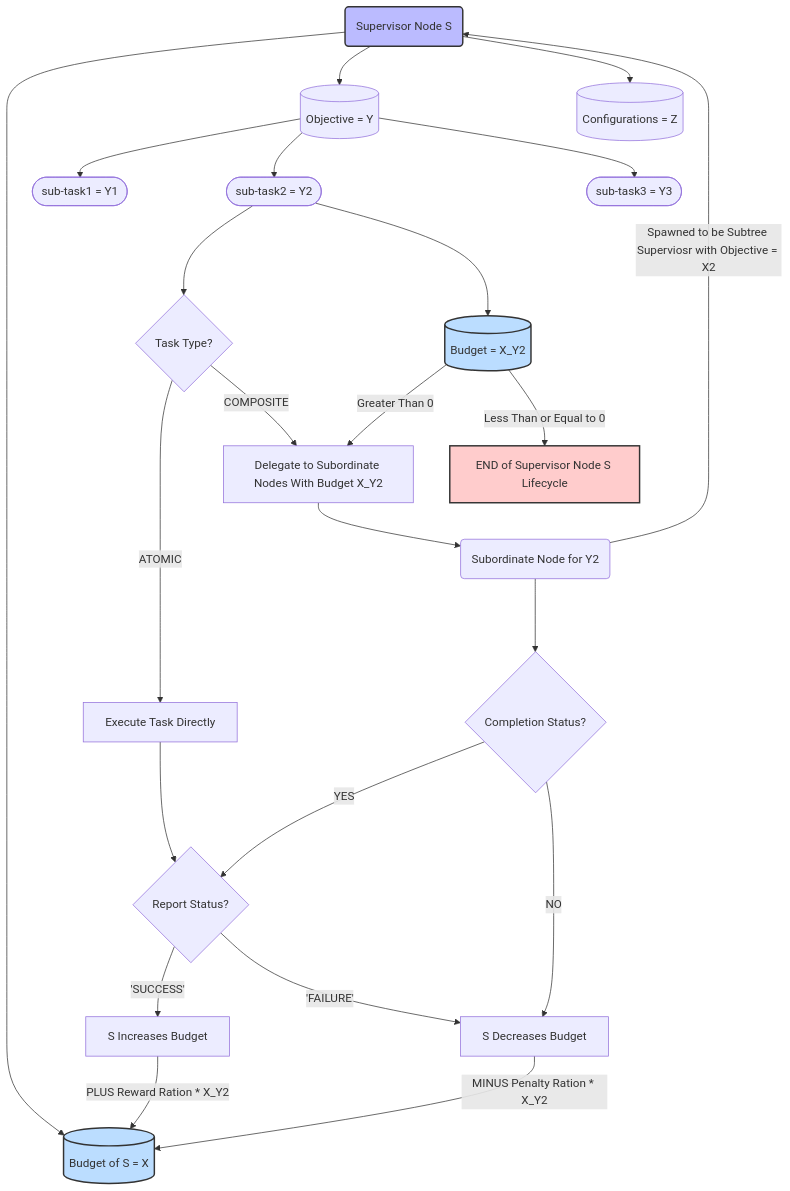
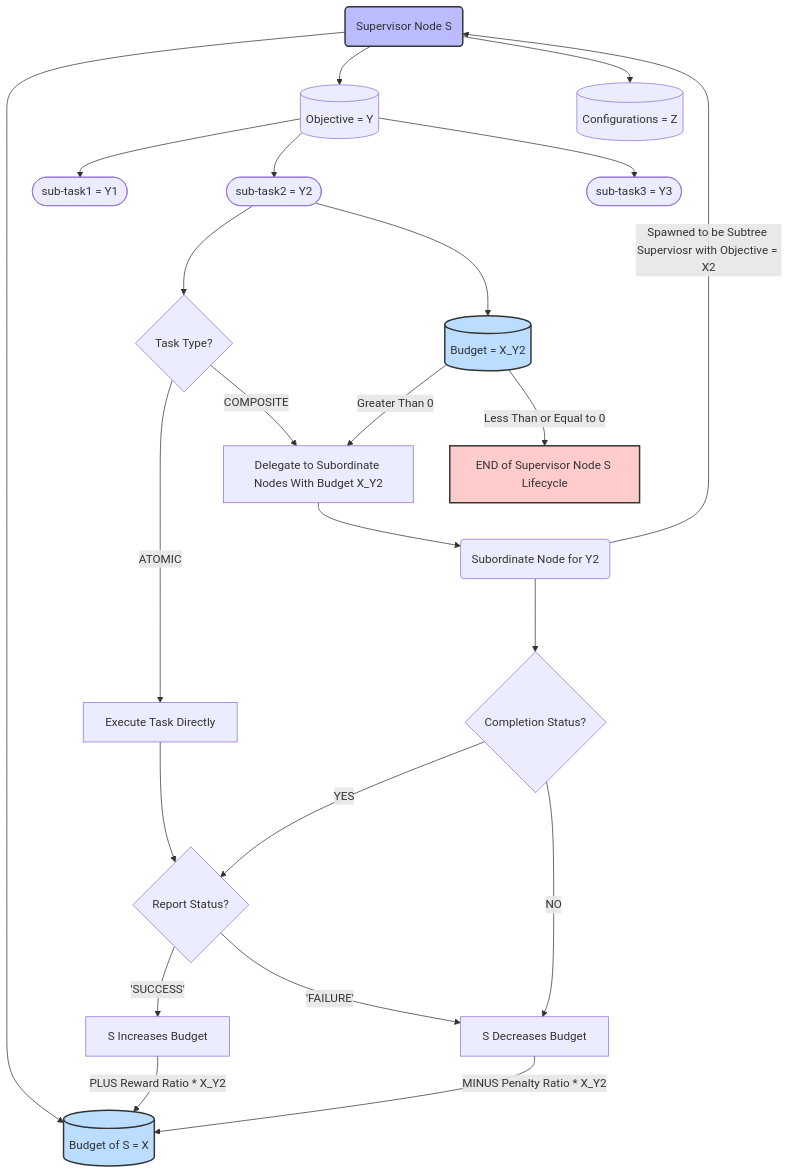
One commit to arise-ai-security/docs changed the second of 3 diagrams in docs/weekly/brainstorming/agentic-tree.md. Above: the diagram before and after it, drawn with Mermaid. The commit also changed 3 other files, not shown here.

````diff
--- a/docs/weekly/brainstorming/agentic-tree.md
+++ b/docs/weekly/brainstorming/agentic-tree.md
@@ -71,37 +71,37 @@
 ```mermaid
 flowchart TB
     A("Supervisor Node S") --> A_b[("Budget of S = X")];
     A --> A_o[("Objective = Y")];
     A --> A_c[("Configurations = Z")];
     
     A_o --> A_t1(["sub-task1 = Y1"]);
     A_o --> A_t2(["sub-task2 = Y2"]);
     A_o --> A_t3(["sub-task3 = Y3"]);
 
     A_t2 --> B{"Task Type?"};
     
     B -- "ATOMIC" --> B1["Execute Task Directly"];
     B1--> H{"Report Status?"};
     B -- "COMPOSITE" --> B2["Delegate to Subordinate Nodes With Budget X_Y2"];
     
     B2 --> Bchild("Subordinate Node for Y2");
     A_t2 --> Bchild_b[("Budget = X_Y2")];
     Bchild_b -- "Greater Than 0" --> B2;
     Bchild_b -- "Less Than or Equal to 0" --> END["END of Supervisor Node S Lifecycle"];
     Bchild -- "Spawned to be Subtree Superviosr with Objective = X2" --> A;
     Bchild ---> E{"Completion Status?"};
     
     H -- "'SUCCESS'" --> I["S Increases Budget"];
     H -- "'FAILURE'" --> J["S Decreases Budget"];
     
     E -- "YES" --> H;
     E -- "NO" --> J;
 
-    I -- "PLUS Reward Ration * X_Y2" --> A_b;
-    J -- "MINUS Penalty Ration * X_Y2" --> A_b;
+    I -- "PLUS Reward Ratio * X_Y2" --> A_b;
+    J -- "MINUS Penalty Ratio * X_Y2" --> A_b;
 
     style A fill:#bbf,stroke:#333,stroke-width:2px
     style Bchild_b fill:#bdf,stroke:#333,stroke-width:2px
     style A_b fill:#bdf,stroke:#333,stroke-width:2px
     style END fill:#ffcccc,stroke:#333,stroke-width:2px
 ```
````
